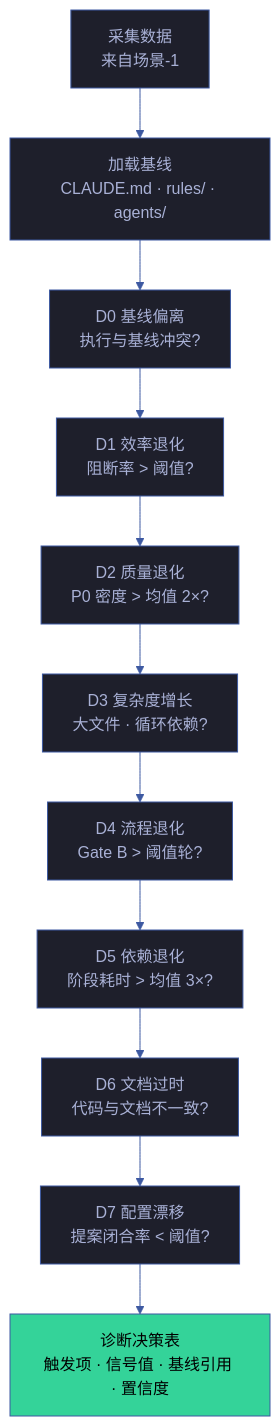
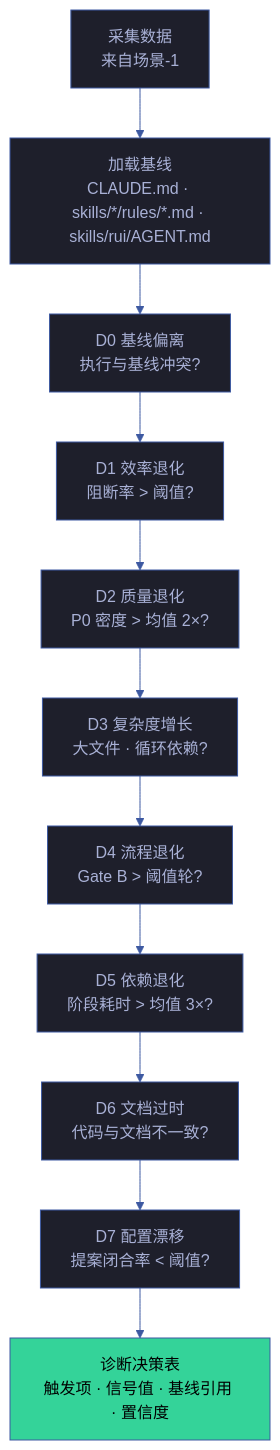
One commit to effiy/YrY changed the first of 3 diagrams in cdn/yry-selfimprove-panel/scenes/场景-2-诊断引擎/index.md. Above: the diagram before and after it, drawn with Mermaid. The commit also changed other lines of this file and 1028 other files, not shown here.

````diff
--- a/cdn/yry-selfimprove-panel/scenes/场景-2-诊断引擎/index.md
+++ b/cdn/yry-selfimprove-panel/scenes/场景-2-诊断引擎/index.md
@@ -36,24 +37,24 @@
 ```mermaid
 %%{init: {'theme': 'base', 'themeVariables': {
   'primaryColor': '#1e1f2b',
   'primaryTextColor': '#a9b1d6',
   'primaryBorderColor': '#3d59a1',
   'lineColor': '#3d59a1',
   'secondaryColor': '#2b2d3b',
   'tertiaryColor': '#21232f'
 }}}%%
 flowchart TD
-    DATA["采集数据<br/>来自场景-1"]:::src --> LOAD["加载基线<br/>CLAUDE.md · rules/ · agents/"]
+    DATA["采集数据<br/>来自场景-1"]:::src --> LOAD["加载基线<br/>CLAUDE.md · skills/*/rules/*.md · skills/rui/AGENT.md"]
     LOAD --> D0["D0 基线偏离<br/>执行与基线冲突?"]
     D0 --> D1["D1 效率退化<br/>阻断率 > 阈值?"]
     D1 --> D2["D2 质量退化<br/>P0 密度 > 均值 2×?"]
     D2 --> D3["D3 复杂度增长<br/>大文件 · 循环依赖?"]
     D3 --> D4["D4 流程退化<br/>Gate B > 阈值轮?"]
     D4 --> D5["D5 依赖退化<br/>阶段耗时 > 均值 3×?"]
     D5 --> D6["D6 文档过时<br/>代码与文档不一致?"]
     D6 --> D7["D7 配置漂移<br/>提案闭合率 < 阈值?"]
     D7 --> OUTPUT["诊断决策表<br/>触发项 · 信号值 · 基线引用 · 置信度"]:::out
 
     classDef src fill:#1e1f2b,stroke:#3d59a1,color:#a9b1d6
     classDef out fill:#34d399,color:#000
 ```
````
